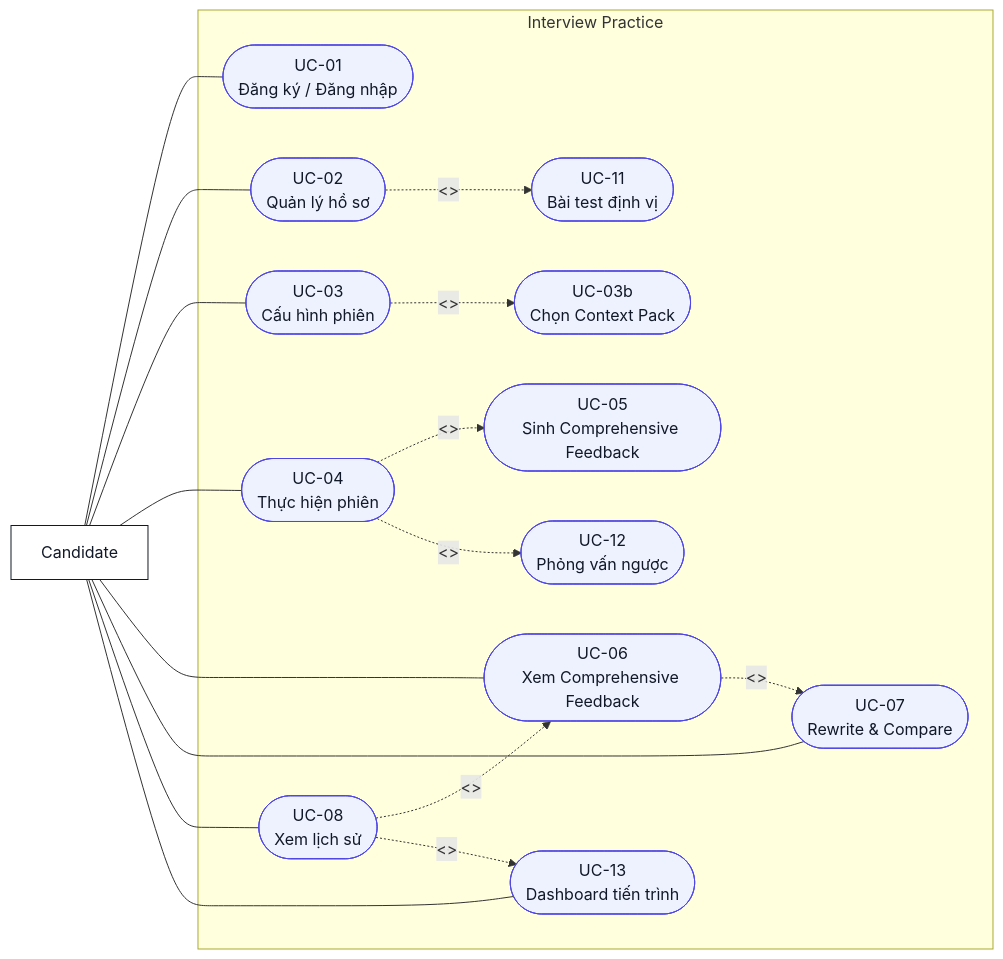
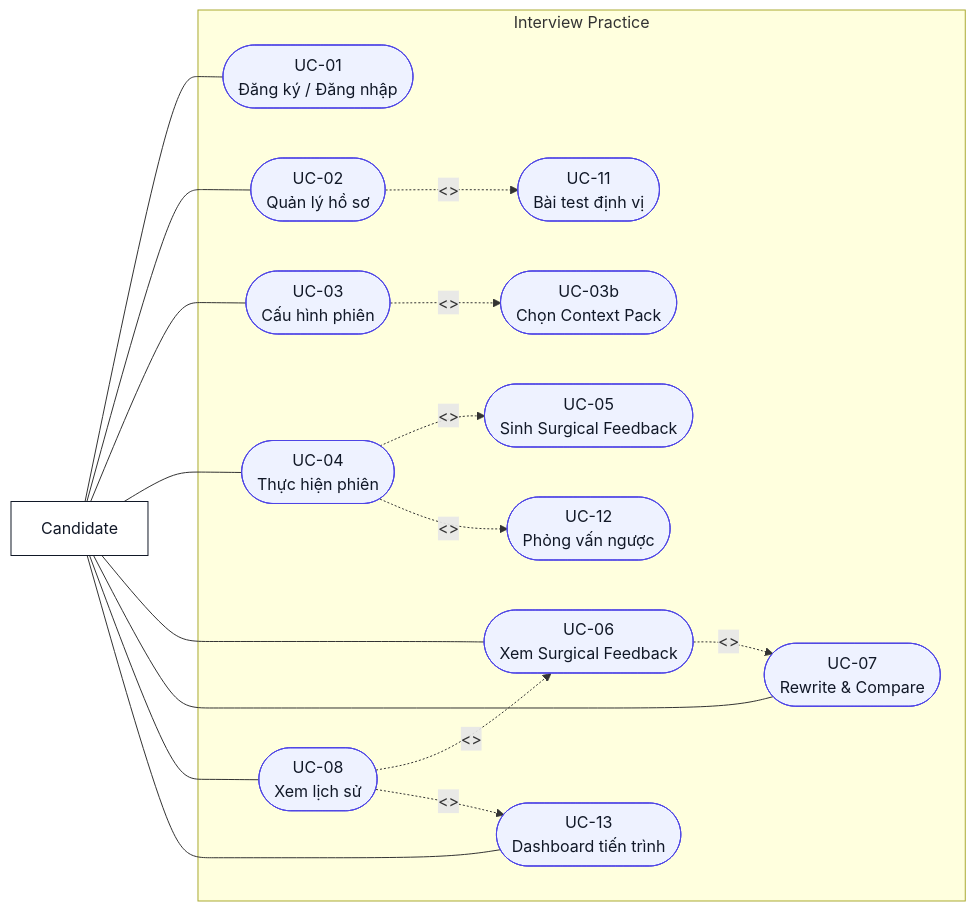
One commit to lethanhan01/interview-coach changed the second of 5 diagrams in docs/RequirementAnalysis/SRS/SRS_InterviewAI_Full.md. Above: the diagram before and after it, drawn with Mermaid. The commit also changed other lines of this file and 2 other files, not shown here.

````diff
--- a/docs/RequirementAnalysis/SRS/SRS_InterviewAI_Full.md
+++ b/docs/RequirementAnalysis/SRS/SRS_InterviewAI_Full.md
@@ -375,39 +356,39 @@
 ```mermaid
 flowchart LR
     classDef actor fill:#ffffff,stroke:#111827,color:#111827
     classDef usecase fill:#eef2ff,stroke:#4f46e5,color:#111827
 
     Candidate["Candidate"]:::actor
 
     subgraph Interview["Interview Practice"]
         UC01(["UC-01\nĐăng ký / Đăng nhập"]):::usecase
         UC02(["UC-02\nQuản lý hồ sơ"]):::usecase
         UC03(["UC-03\nCấu hình phiên"]):::usecase
         UC03b(["UC-03b\nChọn Context Pack"]):::usecase
         UC04(["UC-04\nThực hiện phiên"]):::usecase
-        UC05(["UC-05\nSinh Comprehensive Feedback"]):::usecase
-        UC06(["UC-06\nXem Comprehensive Feedback"]):::usecase
+        UC05(["UC-05\nSinh Surgical Feedback"]):::usecase
+        UC06(["UC-06\nXem Surgical Feedback"]):::usecase
         UC07(["UC-07\nRewrite & Compare"]):::usecase
         UC08(["UC-08\nXem lịch sử"]):::usecase
         UC11(["UC-11\nBài test định vị"]):::usecase
         UC12(["UC-12\nPhỏng vấn ngược"]):::usecase
         UC13(["UC-13\nDashboard tiến trình"]):::usecase
     end
 
     Candidate --- UC01
     Candidate --- UC02
     Candidate --- UC03
     Candidate --- UC04
     Candidate --- UC06
     Candidate --- UC07
     Candidate --- UC08
     Candidate --- UC13
 
     UC03 -. "<<include>>" .-> UC03b
     UC04 -. "<<include>>" .-> UC05
     UC04 -. "<<include>>" .-> UC12
     UC06 -. "<<extend>>" .-> UC07
     UC08 -. "<<extend>>" .-> UC06
     UC02 -. "<<extend>>" .-> UC11
     UC08 -. "<<extend>>" .-> UC13
 ```
````
